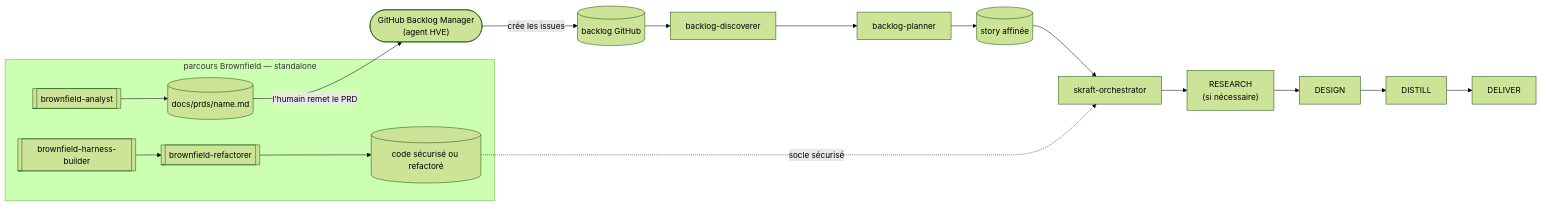
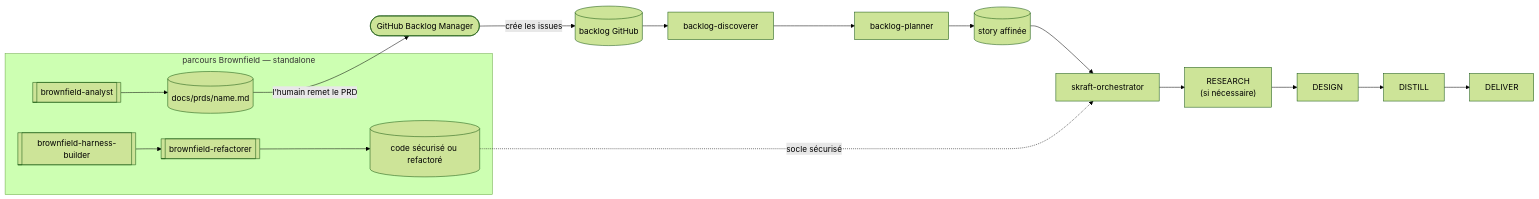
The third of 3 diagrams in docs/site/fr/explanation/brownfield.md (SebastienDegodez/skraft-plugin), drawn with Mermaid (forest theme) before and after one commit. The commit also changed other lines of this file and 27 other files, not shown here.

````diff
--- a/docs/site/fr/explanation/brownfield.md
+++ b/docs/site/fr/explanation/brownfield.md
@@ -148,16 +148,16 @@
 ```mermaid
 flowchart LR
     subgraph BF ["parcours Brownfield — standalone"]
         BA[["brownfield-analyst"]] --> PRD[("docs/prds/name.md")]
         HB[["brownfield-harness-builder"]] --> RF[["brownfield-refactorer"]]
         RF --> CODE[("code sécurisé ou refactoré")]
     end
-    PRD -->|"l'humain remet le PRD"| GHM(["GitHub Backlog Manager<br/>(agent HVE)"])
+    PRD -->|"l'humain remet le PRD"| GHM(["GitHub Backlog Manager"])
     GHM -->|"crée les issues"| ISSUES[("backlog GitHub")]
     ISSUES --> BD["backlog-discoverer"]
     BD --> BP["backlog-planner"]
     BP --> STORY[("story affinée")]
     STORY --> ORCH["skraft-orchestrator"]
     CODE -.->|"socle sécurisé"| ORCH
     ORCH --> RESEARCH["RESEARCH<br/>(si nécessaire)"] --> DESIGN["DESIGN"] --> DISTILL["DISTILL"] --> DELIVER["DELIVER"]
 ```
````
